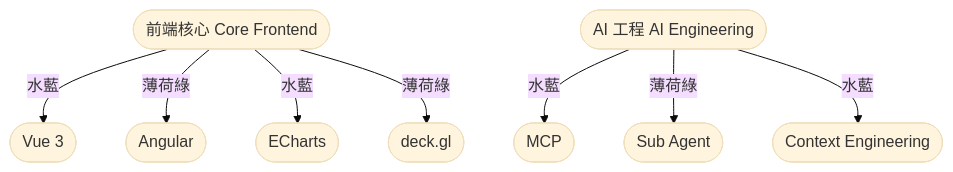
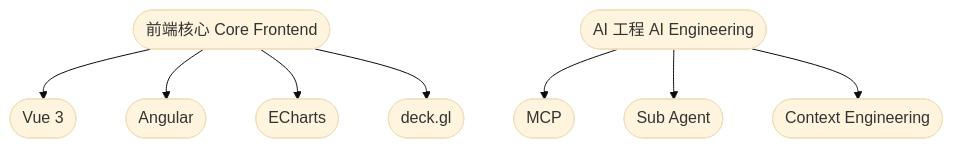
One commit to Yang-tzu-yi/Yang-tzu-yi changed the diagram in README.md. Above: the diagram before and after it, drawn with Mermaid (base theme). The commit also changed other lines of this file, not shown here.

````diff
--- a/README.md
+++ b/README.md
@@ -57,10 +50,10 @@
 ```mermaid
 graph TD
-  A([前端核心 Core Frontend]) -->|水藍| B([Vue 3])
-  A -->|薄荷綠| C([Angular])
-  A -->|水藍| D([ECharts])
-  A -->|薄荷綠| E([deck.gl])
-  F([AI 工程 AI Engineering]) -->|水藍| G([MCP])
-  F -->|薄荷綠| H([Sub Agent])
-  F -->|水藍| I([Context Engineering])
+  A([前端核心 Core Frontend]) --> B([Vue 3])
+  A --> C([Angular])
+  A --> D([ECharts])
+  A --> E([deck.gl])
+  F([AI 工程 AI Engineering]) --> G([MCP])
+  F --> H([Sub Agent])
+  F --> I([Context Engineering])
 ```
````
